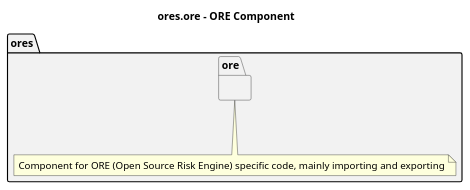
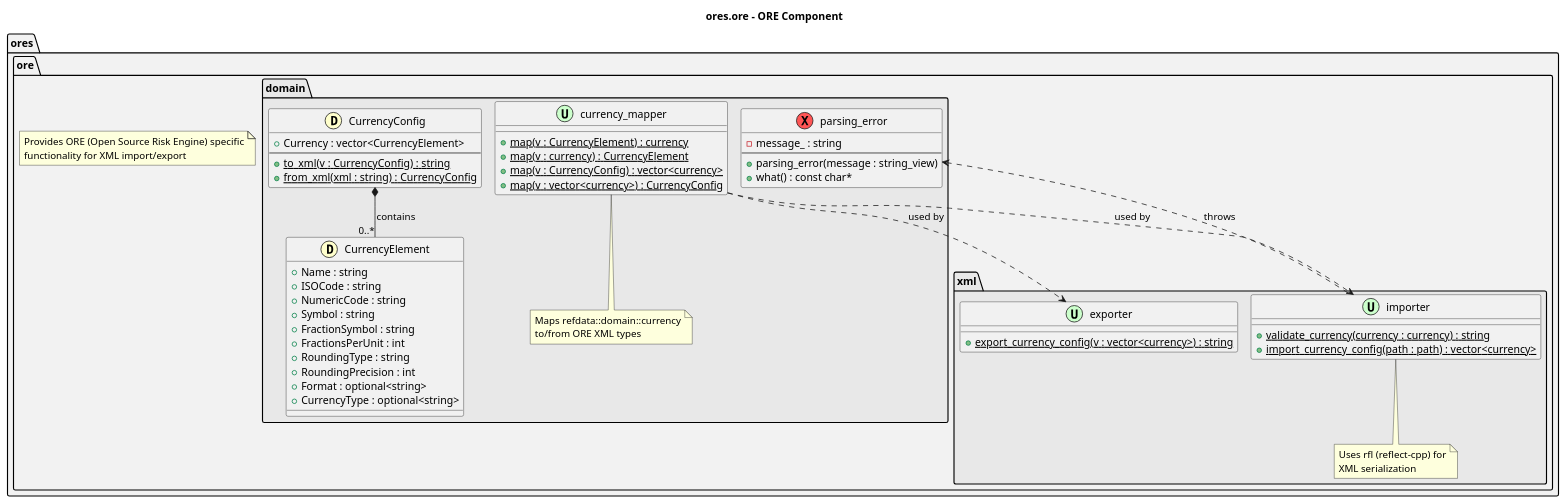
Before and after one commit to OreStudio/OreStudio: the diagram in projects/ores.ore/modeling/ores.ore.puml, drawn with PlantUML. The commit also changed 7 other files, not shown here.

First line of the commit message:
[modeling] Update diagrams for ores.ore and ores.refdata components

```diff
--- a/projects/ores.ore/modeling/ores.ore.puml
+++ b/projects/ores.ore/modeling/ores.ore.puml
@@ -17,19 +17,80 @@
 @startuml
 !pragma layout smetana
 
 title ores.ore - ORE Component
 
 set namespaceSeparator ::
 
 namespace ores #F2F2F2 {
-    note "Component for ORE (Open Source Risk Engine) specific code, mainly importing and exporting" as ores_ore_note
-    ore --- ores_ore_note
     namespace ore #F2F2F2 {
 
+        note "Provides ORE (Open Source Risk Engine) specific\nfunctionality for XML import/export" as ore_note
+
+        namespace domain #E8E8E8 {
+
+            struct CurrencyConfig <<D,#FFFFCC>> {
+                +Currency : vector<CurrencyElement>
+                --
+                +{static} to_xml(v : CurrencyConfig) : string
+                +{static} from_xml(xml : string) : CurrencyConfig
+            }
+
+            struct CurrencyElement <<D,#FFFFCC>> {
+                +Name : string
+                +ISOCode : string
+                +NumericCode : string
+                +Symbol : string
+                +FractionSymbol : string
+                +FractionsPerUnit : int
+                +RoundingType : string
+                +RoundingPrecision : int
+                +Format : optional<string>
+                +CurrencyType : optional<string>
+            }
+
+            class currency_mapper <<U,#CCFFCC>> {
+                +{static} map(v : CurrencyElement) : currency
+                +{static} map(v : currency) : CurrencyElement
+                +{static} map(v : CurrencyConfig) : vector<currency>
+                +{static} map(v : vector<currency>) : CurrencyConfig
+            }
+
+            class parsing_error <<X,#FF5555>> {
+                -message_ : string
+                --
+                +parsing_error(message : string_view)
+                +what() : const char*
+            }
+
+            CurrencyConfig *-- "0..*" CurrencyElement : contains
+
+            note "Maps refdata::domain::currency\nto/from ORE XML types" as mapper_note
+            currency_mapper .. mapper_note
+        }
+
+        namespace xml #E8E8E8 {
+
+            class importer <<U,#CCFFCC>> {
+                +{static} validate_currency(currency : currency) : string
+                +{static} import_currency_config(path : path) : vector<currency>
+            }
+
+            class exporter <<U,#CCFFCC>> {
+                +{static} export_currency_config(v : vector<currency>) : string
+            }
+
+            note "Uses rfl (reflect-cpp) for\nXML serialization" as xml_note
+            importer .. xml_note
+        }
+
+        ' Cross-namespace relationships
+        domain::currency_mapper ..> xml::importer : used by
+        domain::currency_mapper ..> xml::exporter : used by
+        domain::parsing_error <.. xml::importer : throws
     }
 }
 
 ' Local Variables:
 ' compile-command: "java -Djava.awt.headless=true -DPLANTUML_SECURITY_PROFILE=UNSECURE -DPLANTUML_LIMIT_SIZE=65535 -jar /usr/share/plantuml/plantuml.jar ores.ore.puml"
 ' End:
 @enduml
```
